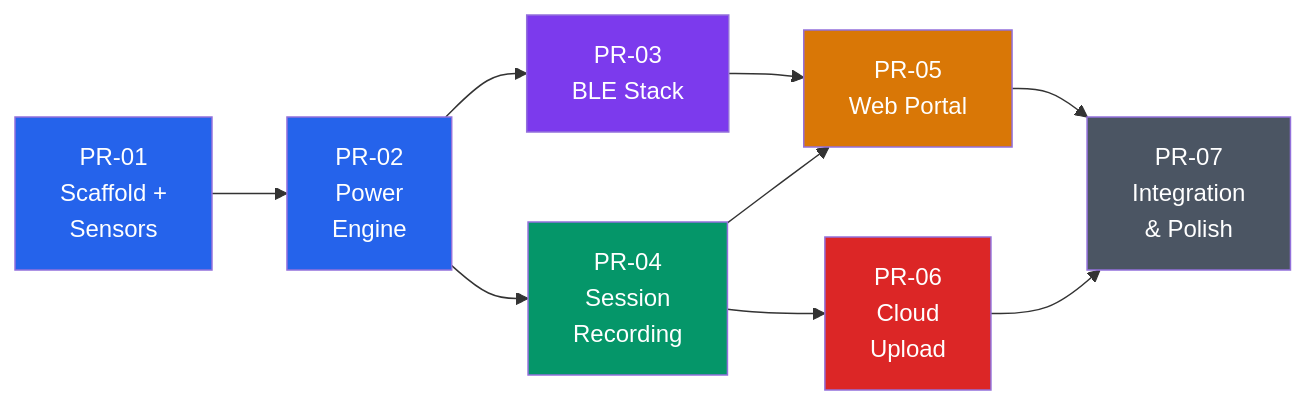
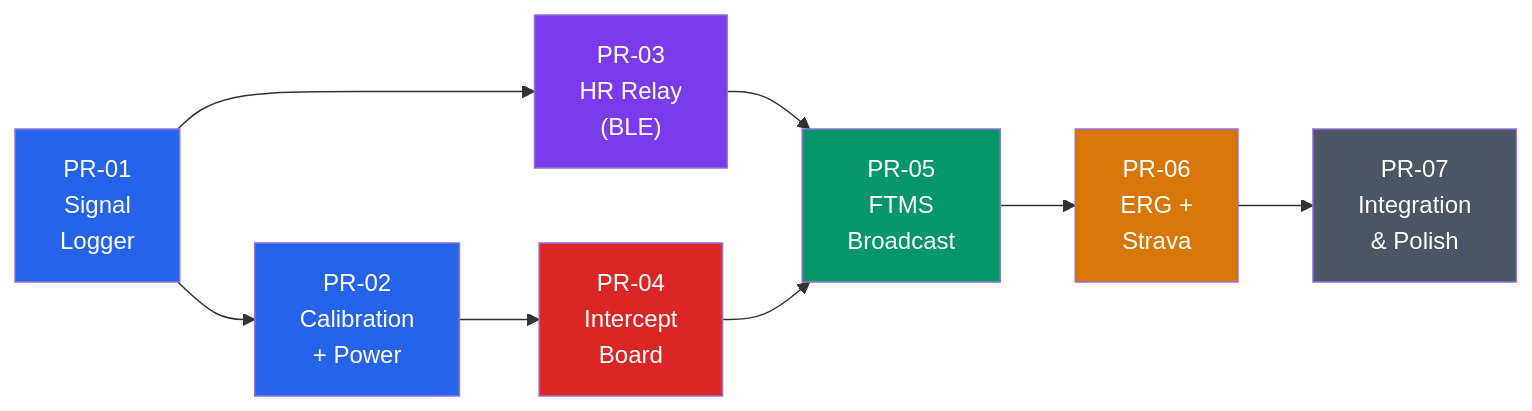
One commit to cblabs-org/echenon changed the diagram in .agents/skills/principal-architect-workspace/PROGRAM-PLAN.md. Above: the diagram before and after it, drawn with Mermaid. The commit also changed other lines of this file and 16 other files, not shown here.

First line of the commit message:
chief-architect: restructure programme for iterative development

````diff
--- a/.agents/skills/principal-architect-workspace/PROGRAM-PLAN.md
+++ b/.agents/skills/principal-architect-workspace/PROGRAM-PLAN.md
@@ -10,19 +27,18 @@
 ```mermaid
 graph LR
-    PR1["PR-01<br/>Scaffold +<br/>Sensors"] --> PR2["PR-02<br/>Power<br/>Engine"]
-    PR2 --> PR3["PR-03<br/>BLE Stack"]
-    PR2 --> PR4["PR-04<br/>Session<br/>Recording"]
-    PR3 --> PR5["PR-05<br/>Web Portal"]
+    PR1["PR-01<br/>Signal<br/>Logger"] --> PR2["PR-02<br/>Calibration<br/>+ Power"]
+    PR1 --> PR3h["PR-03<br/>HR Relay<br/>(BLE)"]
+    PR2 --> PR4["PR-04<br/>Intercept<br/>Board"]
+    PR3h --> PR5["PR-05<br/>FTMS<br/>Broadcast"]
     PR4 --> PR5
-    PR4 --> PR6["PR-06<br/>Cloud<br/>Upload"]
-    PR5 --> PR7["PR-07<br/>Integration<br/>& Polish"]
-    PR6 --> PR7
+    PR5 --> PR6["PR-06<br/>ERG +<br/>Strava"]
+    PR6 --> PR7["PR-07<br/>Integration<br/>& Polish"]
 
     style PR1 fill:#2563EB,color:#fff
     style PR2 fill:#2563EB,color:#fff
-    style PR3 fill:#7C3AED,color:#fff
-    style PR4 fill:#059669,color:#fff
-    style PR5 fill:#D97706,color:#fff
-    style PR6 fill:#DC2626,color:#fff
+    style PR3h fill:#7C3AED,color:#fff
+    style PR4 fill:#DC2626,color:#fff
+    style PR5 fill:#059669,color:#fff
+    style PR6 fill:#D97706,color:#fff
     style PR7 fill:#4B5563,color:#fff
 ```
````
